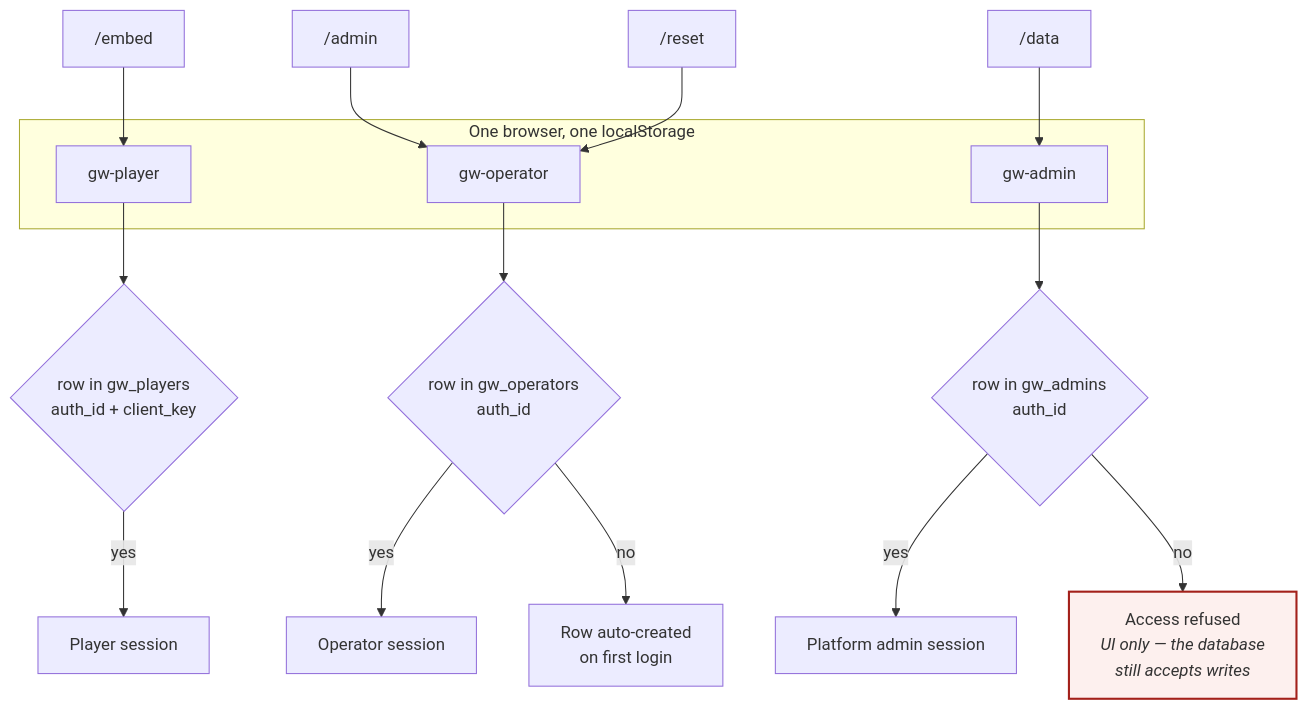
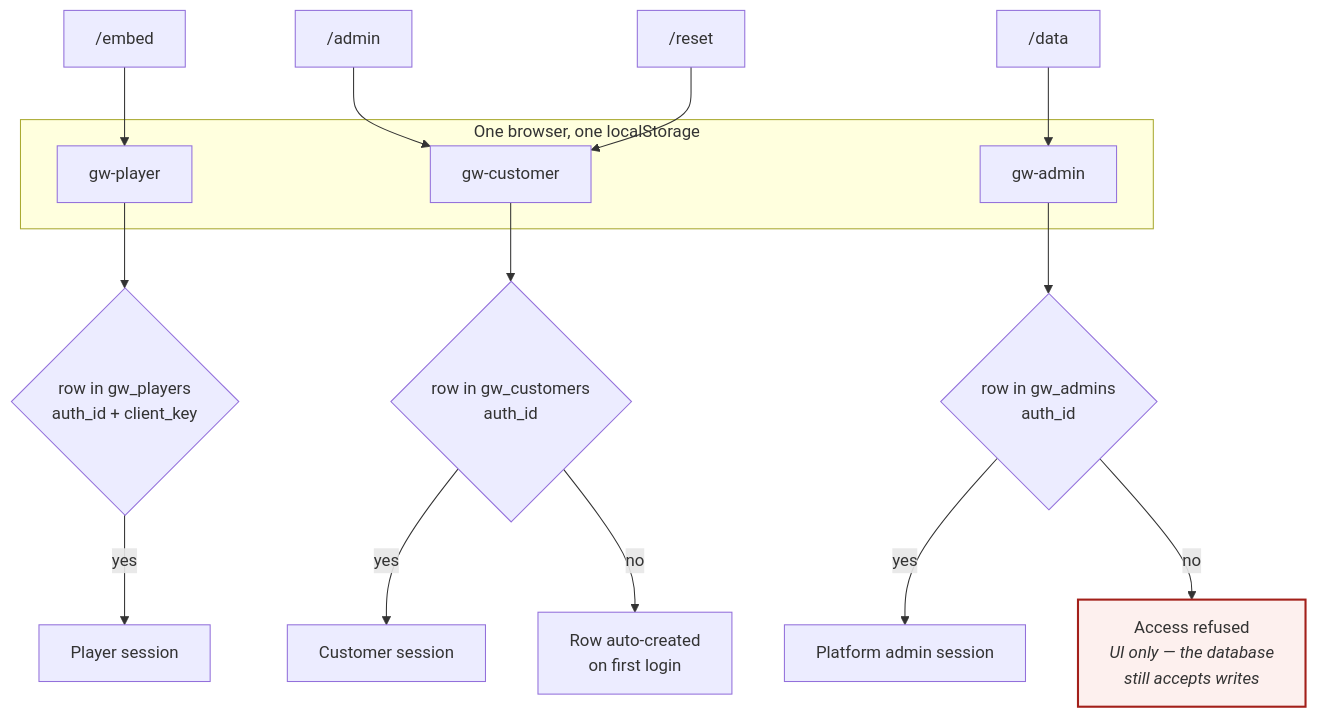
Before and after one commit to matchinist/gameweek: the fifth of 8 diagrams in docs/ARCHITECTURE.md, drawn with Mermaid. The commit also changed other lines of this file and 42 other files, not shown here.

First line of the commit message:
Rename operators to customers across DB, apps, Edge Functions and docs

````diff
--- a/docs/ARCHITECTURE.md
+++ b/docs/ARCHITECTURE.md
@@ -322,25 +322,25 @@
 ```mermaid
 flowchart TB
     subgraph browser["One browser, one localStorage"]
         k1["gw-player"]
-        k2["gw-operator"]
+        k2["gw-customer"]
         k3["gw-admin"]
     end
 
     embed["/embed"] --> k1
     admin["/admin"] --> k2
     reset["/reset"] --> k2
     data["/data"] --> k3
 
     k1 --> g1{"row in gw_players<br/>auth_id + client_key"}
-    k2 --> g2{"row in gw_operators<br/>auth_id"}
+    k2 --> g2{"row in gw_customers<br/>auth_id"}
     k3 --> g3{"row in gw_admins<br/>auth_id"}
 
     g1 -->|yes| p1["Player session"]
-    g2 -->|yes| p2["Operator session"]
+    g2 -->|yes| p2["Customer session"]
     g2 -->|no| p2b["Row auto-created<br/>on first login"]
     g3 -->|yes| p3["Platform admin session"]
     g3 -->|no| p3b["Access refused<br/><i>UI only — the database<br/>still accepts writes</i>"]
 
     style p3b fill:#fdf0ee,stroke:#a3201a,stroke-width:2px
 ```
````
